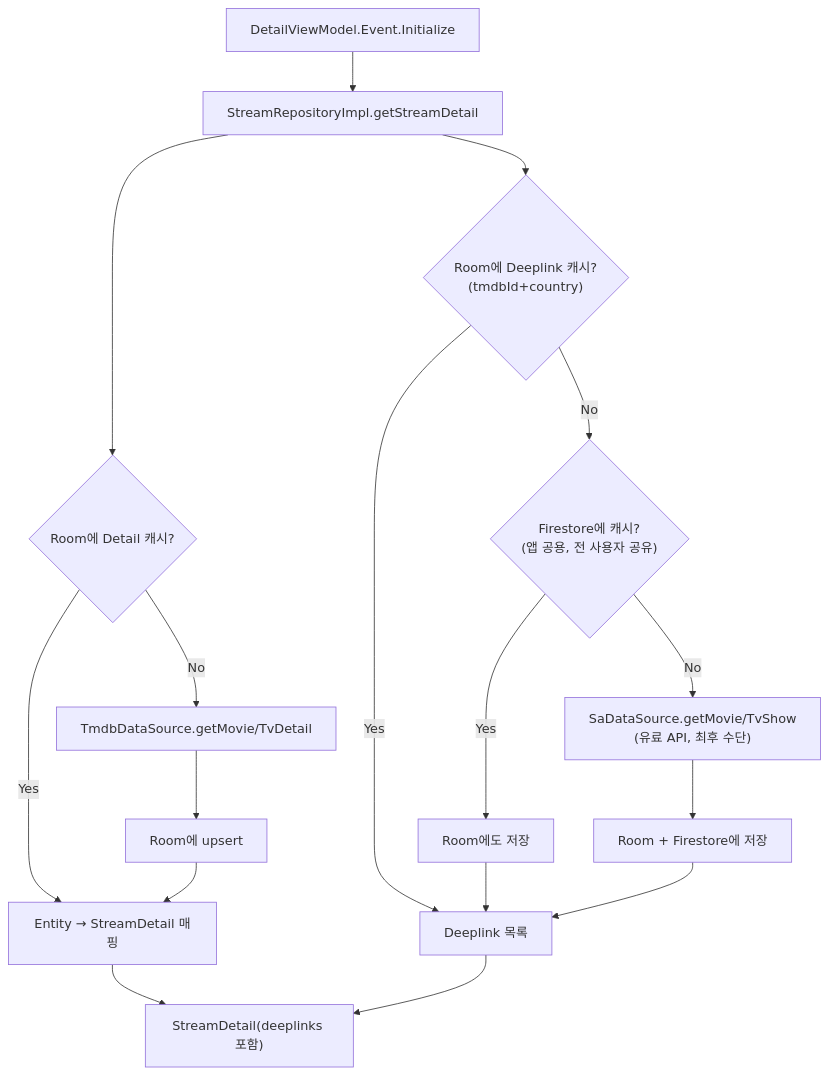
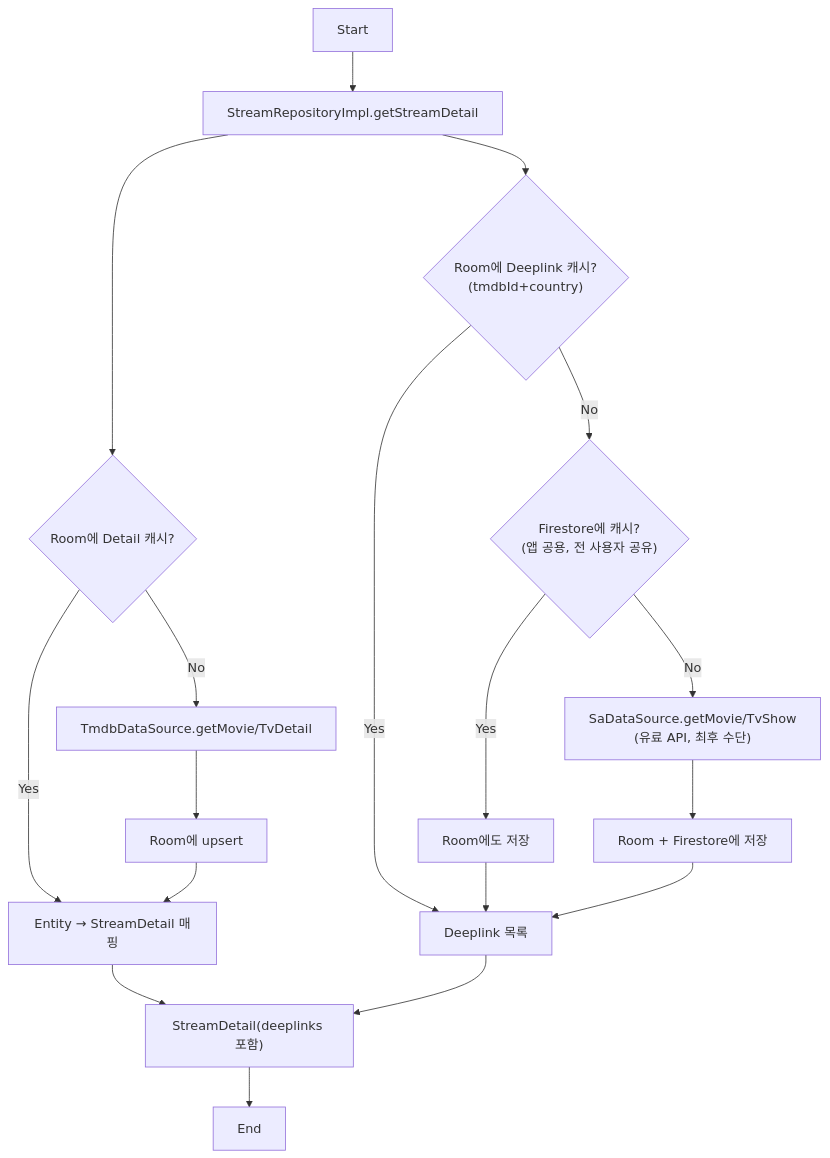
The second of 3 diagrams in README.md (sunstar-repo/StreamCompass), drawn with Mermaid before and after one commit. The commit also changed other lines of this file, not shown here.

````diff
--- a/README.md
+++ b/README.md
@@ -59,16 +96,17 @@
 ```mermaid
 flowchart TD
-    START["DetailViewModel.Event.Initialize"] --> REPO["StreamRepositoryImpl.getStreamDetail"]
+    START["Start"] --> REPO["StreamRepositoryImpl.getStreamDetail"]
     REPO --> ROOM_D{"Room에 Detail 캐시?"}
     ROOM_D -- Yes --> MAP_D["Entity → StreamDetail 매핑"]
     ROOM_D -- No --> TMDB_D["TmdbDataSource.getMovie/TvDetail"] --> UPSERT_D["Room에 upsert"] --> MAP_D
 
     REPO --> ROOM_L{"Room에 Deeplink 캐시?<br/>(tmdbId+country)"}
     ROOM_L -- Yes --> DEEPLINKS["Deeplink 목록"]
     ROOM_L -- No --> FS{"Firestore에 캐시?<br/>(앱 공용, 전 사용자 공유)"}
     FS -- Yes --> SAVE_ROOM["Room에도 저장"] --> DEEPLINKS
     FS -- No --> SA["SaDataSource.getMovie/TvShow<br/>(유료 API, 최후 수단)"] --> SAVE_BOTH["Room + Firestore에 저장"] --> DEEPLINKS
 
     MAP_D --> RESULT["StreamDetail(deeplinks 포함)"]
     DEEPLINKS --> RESULT
+    RESULT --> END["End"]
 ```
````
